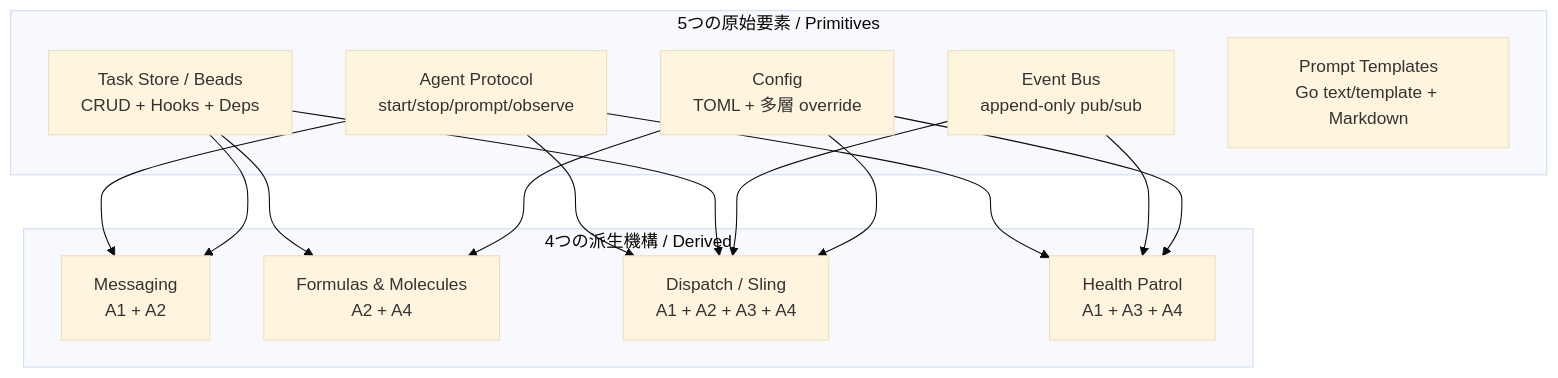
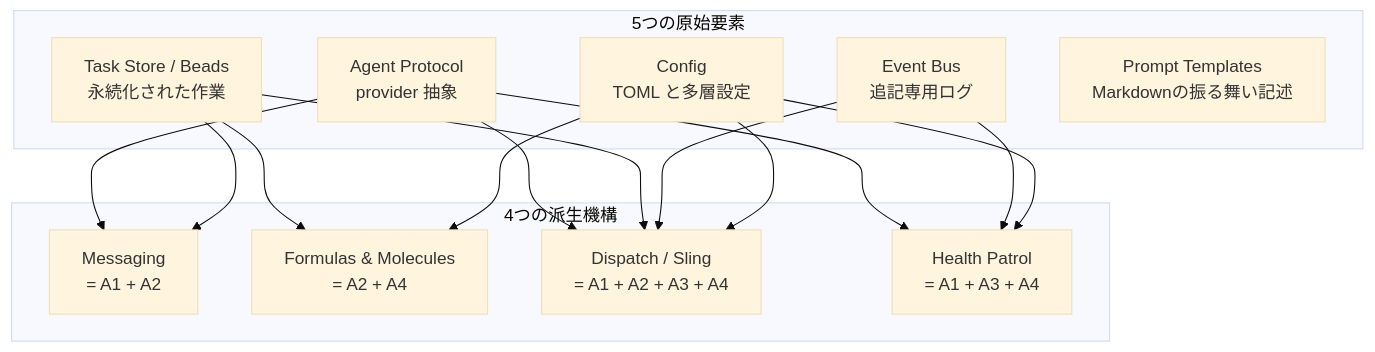
Before and after one commit to ymdvsymd/gascity: the third of 3 diagrams in .history/20260429-usage/OVERVIEW.md, drawn with Mermaid (base theme). The commit also changed other lines of this file, not shown here.

````diff
--- a/.history/20260429-usage/OVERVIEW.md
+++ b/.history/20260429-usage/OVERVIEW.md
@@ -162,27 +148,27 @@
 ```mermaid
 graph TB
-    subgraph 原始要素[5つの原始要素 / Primitives]
-        A1[Agent Protocol<br>start/stop/prompt/observe]
-        A2[Task Store / Beads<br>CRUD + Hooks + Deps]
-        A3[Event Bus<br>append-only pub/sub]
-        A4[Config<br>TOML + 多層 override]
-        A5[Prompt Templates<br>Go text/template + Markdown]
+    subgraph 原始要素[5つの原始要素]
+        A1[Agent Protocol<br>provider 抽象]
+        A2[Task Store / Beads<br>永続化された作業]
+        A3[Event Bus<br>追記専用ログ]
+        A4[Config<br>TOML と多層設定]
+        A5[Prompt Templates<br>Markdownの振る舞い記述]
     end
-    subgraph 派生機構[4つの派生機構 / Derived]
-        B1[Messaging<br>A1 + A2]
-        B2[Formulas & Molecules<br>A2 + A4]
-        B3[Dispatch / Sling<br>A1 + A2 + A3 + A4]
-        B4[Health Patrol<br>A1 + A3 + A4]
+    subgraph 派生機構[4つの派生機構]
+        B1[Messaging<br>= A1 + A2]
+        B2[Formulas & Molecules<br>= A2 + A4]
+        B3[Dispatch / Sling<br>= A1 + A2 + A3 + A4]
+        B4[Health Patrol<br>= A1 + A3 + A4]
     end
     A1 --> B1
     A2 --> B1
     A2 --> B2
     A4 --> B2
     A1 --> B3
     A2 --> B3
     A3 --> B3
     A4 --> B3
     A1 --> B4
     A3 --> B4
     A4 --> B4
 ```
````
